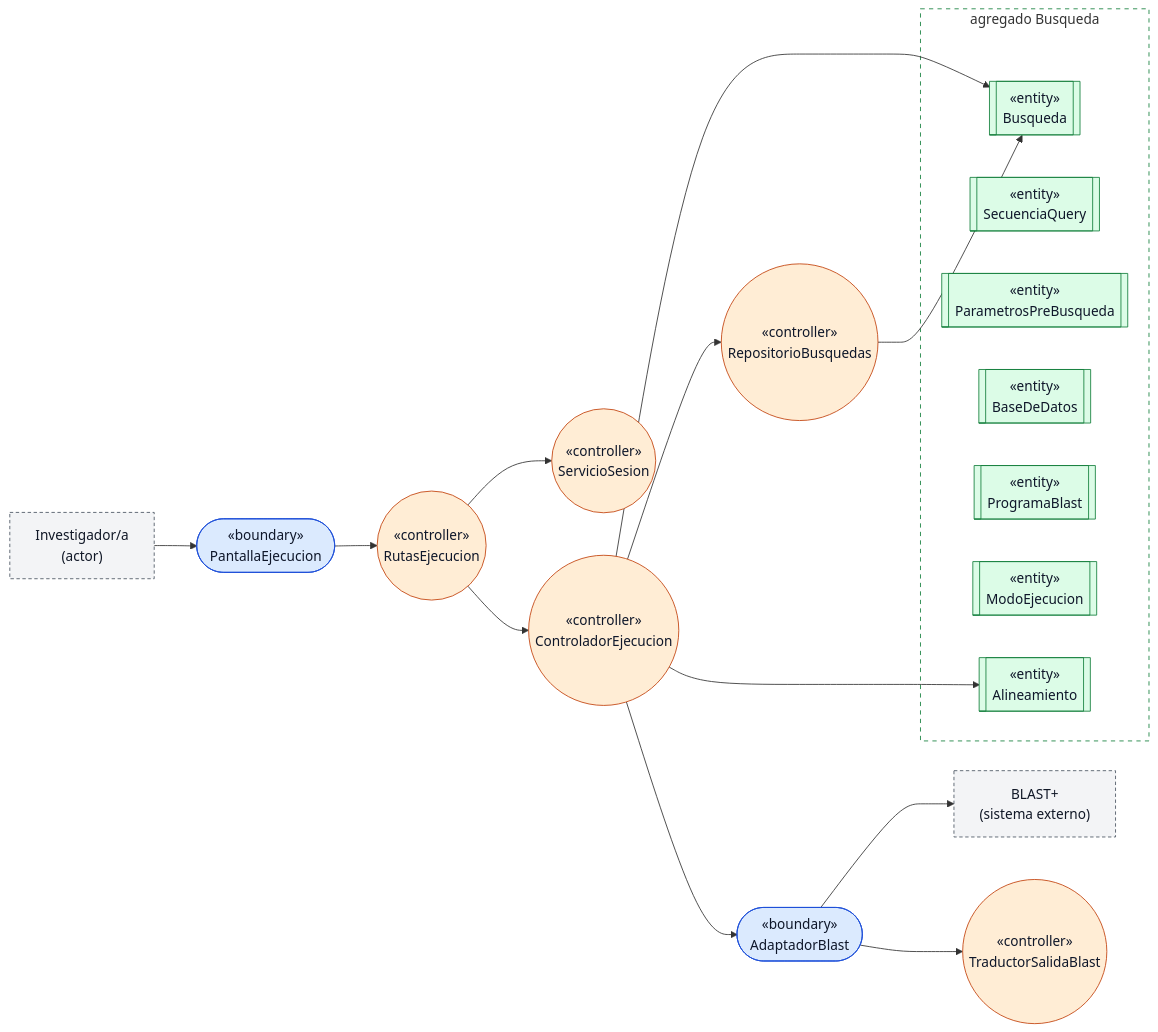
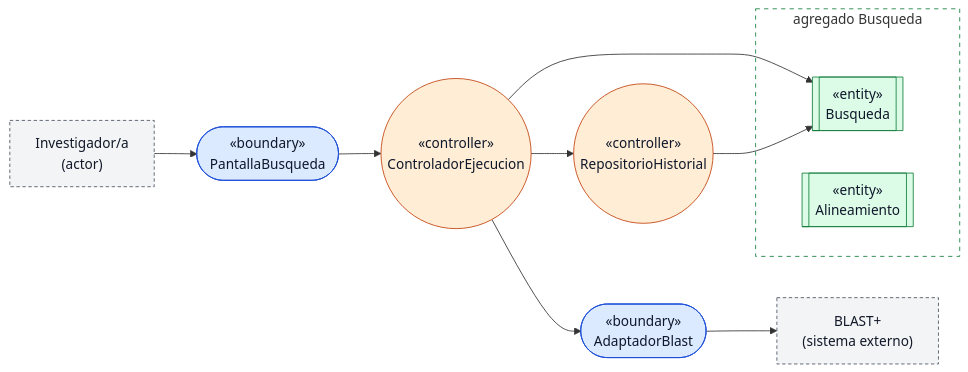
Before and after one commit to agwursten/Secondary-Repo-GUI-Blast: the third of 6 diagrams in docs/design/diseno-detallado.md, drawn with Mermaid. The commit also changed other lines of this file and 2 other files, not shown here.

````diff
--- a/docs/design/diseno-detallado.md
+++ b/docs/design/diseno-detallado.md
@@ -229,46 +221,34 @@
 ```mermaid
 flowchart LR
     inv["Investigador/a<br/>(actor)"]
     blast["BLAST+<br/>(sistema externo)"]
 
-    ui(["«boundary»<br/>PantallaEjecucion"])
+    ui(["«boundary»<br/>PantallaBusqueda"])
     ab(["«boundary»<br/>AdaptadorBlast"])
 
-    re(("«controller»<br/>RutasEjecucion"))
-    ss(("«controller»<br/>ServicioSesion"))
     ce(("«controller»<br/>ControladorEjecucion"))
-    rb(("«controller»<br/>RepositorioBusquedas"))
-    ts(("«controller»<br/>TraductorSalidaBlast"))
+    rh(("«controller»<br/>RepositorioHistorial"))
 
     subgraph agg["agregado Busqueda"]
         bu[["«entity»<br/>Busqueda"]]
-        sq[["«entity»<br/>SecuenciaQuery"]]
-        pp[["«entity»<br/>ParametrosPreBusqueda"]]
-        bd[["«entity»<br/>BaseDeDatos"]]
-        pb[["«entity»<br/>ProgramaBlast"]]
-        me[["«entity»<br/>ModoEjecucion"]]
         al[["«entity»<br/>Alineamiento"]]
     end
 
     inv --> ui
-    ui --> re
-    re --> ss
-    re --> ce
-    ce --> rb
+    ui --> ce
     ce --> bu
-    ce --> al
     ce --> ab
-    rb --> bu
-    ab --> ts
+    ce --> rh
+    rh --> bu
     ab --> blast
 
     classDef actor fill:#f3f4f6,stroke:#4b5563,color:#111827,stroke-dasharray: 4 3
     classDef boundary fill:#dbeafe,stroke:#1d4ed8,color:#0f172a
     classDef controller fill:#ffedd5,stroke:#c2410c,color:#0f172a
     classDef entity fill:#dcfce7,stroke:#15803d,color:#0f172a
     class inv,blast actor
     class ui,ab boundary
-    class re,ss,ce,rb,ts controller
-    class bu,sq,pp,bd,pb,me,al entity
+    class ce,rh controller
+    class bu,al entity
     style agg fill:#ffffff,stroke:#15803d,stroke-dasharray: 5 5
 ```
````
